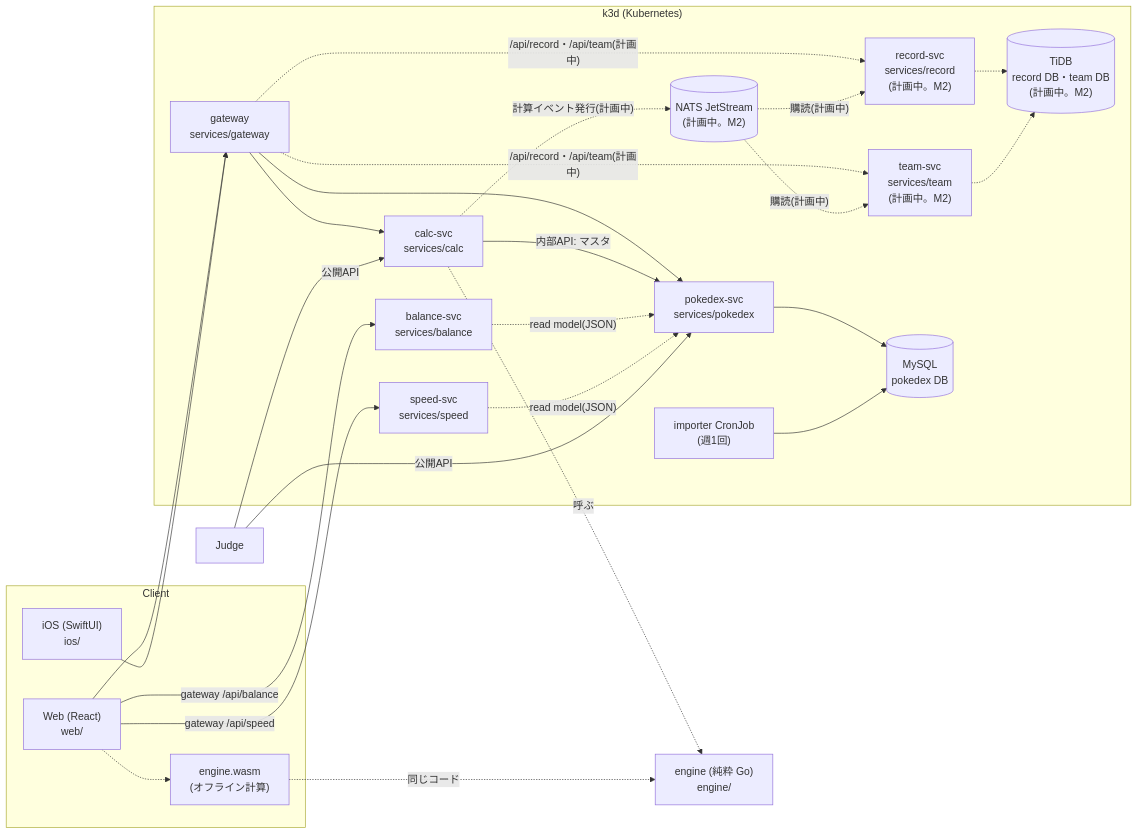
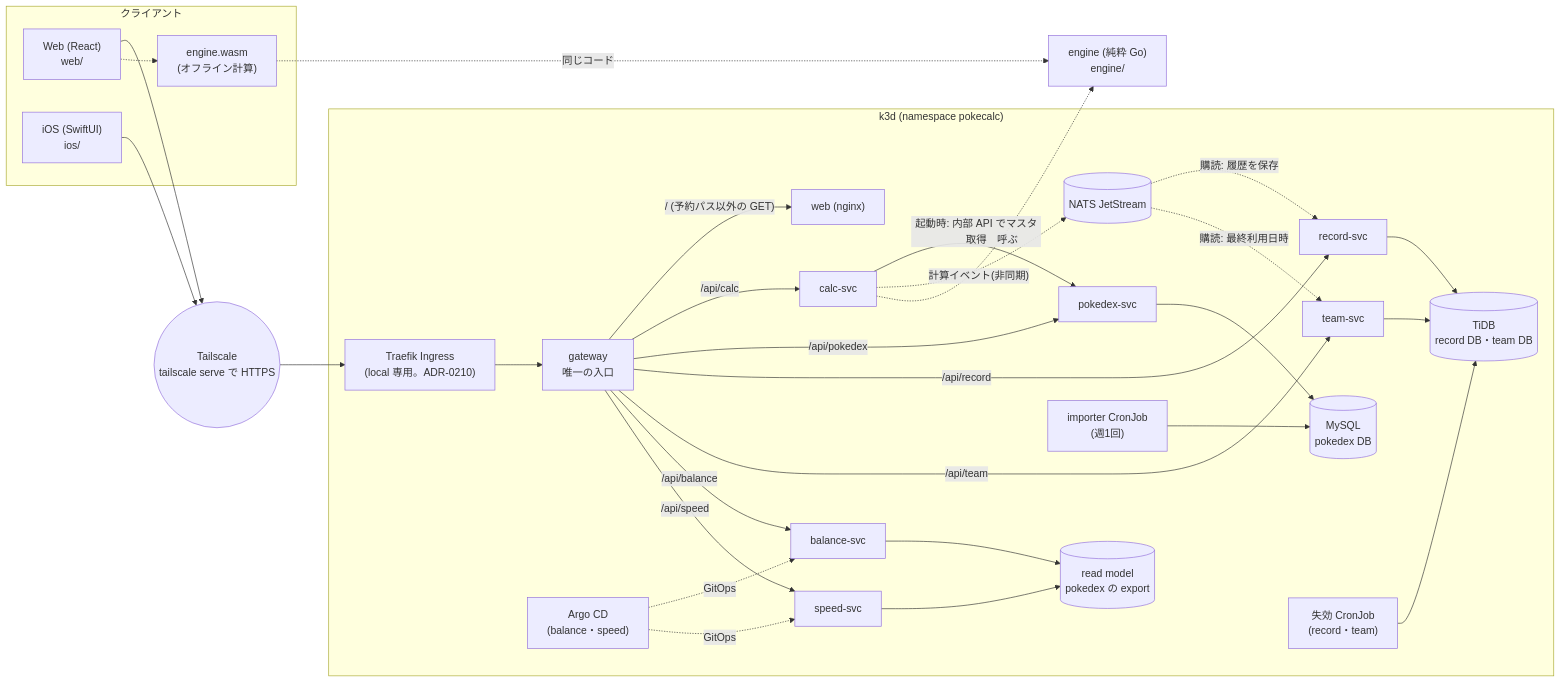
One commit to yxicun89/MyDamageCalcurater changed the first of 2 diagrams in docs/architecture.md. Above: the diagram before and after it, drawn with Mermaid. The commit also changed other lines of this file and 9 other files, not shown here.

````diff
--- a/docs/architecture.md
+++ b/docs/architecture.md
@@ -6,42 +9,54 @@
 ```mermaid
 flowchart LR
-  subgraph Client
+  subgraph Client["クライアント"]
     Web["Web (React)<br/>web/"]
     WASM["engine.wasm<br/>(オフライン計算)"]
     iOS["iOS (SwiftUI)<br/>ios/"]
   end
-  subgraph k3d["k3d (Kubernetes)"]
-    GW["gateway<br/>services/gateway"]
-    Calc["calc-svc<br/>services/calc"]
-    Pokedex["pokedex-svc<br/>services/pokedex"]
-    Balance["balance-svc<br/>services/balance"]
-    Speed["speed-svc<br/>services/speed"]
-    Record["record-svc<br/>services/record<br/>(計画中。M2)"]
-    Team["team-svc<br/>services/team<br/>(計画中。M2)"]
+  TS(("Tailscale<br/>tailscale serve で HTTPS"))
+  subgraph k3d["k3d (namespace pokecalc)"]
+    Traefik["Traefik Ingress<br/>(local 専用。ADR-0210)"]
+    GW["gateway<br/>唯一の入口"]
+    WebSvc["web (nginx)"]
+    Calc["calc-svc"]
+    Pokedex["pokedex-svc"]
+    Record["record-svc"]
+    Team["team-svc"]
+    Balance["balance-svc"]
+    Speed["speed-svc"]
+    RM[("read model<br/>pokedex の export")]
     MySQL[("MySQL<br/>pokedex DB")]
-    TiDB[("TiDB<br/>record DB・team DB<br/>(計画中。M2)")]
-    NATS[("NATS JetStream<br/>(計画中。M2)")]
+    TiDB[("TiDB<br/>record DB・team DB")]
+    NATS[("NATS JetStream")]
     Import["importer CronJob<br/>(週1回)"]
+    Expire["失効 CronJob<br/>(record・team)"]
+    Argo["Argo CD<br/>(balance・speed)"]
   end
   Engine["engine (純粋 Go)<br/>engine/"]
-  Web --> GW
-  iOS --> GW
+  Web --> TS
+  iOS --> TS
   Web -.-> WASM
-  GW --> Calc & Pokedex
-  Web -- gateway /api/balance --> Balance
-  Web -- gateway /api/speed --> Speed
-  Calc -- 内部API: マスタ --> Pokedex
+  TS --> Traefik --> GW
+  GW -- "/ (予約パス以外の GET)" --> WebSvc
+  GW -- "/api/calc" --> Calc
+  GW -- "/api/pokedex" --> Pokedex
+  GW -- "/api/record" --> Record
+  GW -- "/api/team" --> Team
+  GW -- "/api/balance" --> Balance
+  GW -- "/api/speed" --> Speed
+  Calc -- "起動時: 内部 API でマスタ取得" --> Pokedex
   Pokedex --> MySQL
   Import --> MySQL
+  Balance --> RM
+  Speed --> RM
+  Calc -. "計算イベント(非同期)" .-> NATS
+  NATS -. "購読: 履歴を保存" .-> Record
+  NATS -. "購読: 最終利用日時" .-> Team
+  Record --> TiDB
+  Team --> TiDB
+  Expire --> TiDB
+  Argo -. "GitOps" .-> Balance
+  Argo -. "GitOps" .-> Speed
   Calc -. 呼ぶ .-> Engine
   WASM -. 同じコード .-> Engine
-  Balance -. read model(JSON) .-> Pokedex
-  Speed -. read model(JSON) .-> Pokedex
-  Judge -- 公開API --> Pokedex
-  Judge -- 公開API --> Calc
-  GW -. "/api/record・/api/team(計画中)" .-> Record & Team
-  Calc -. "計算イベント発行(計画中)" .-> NATS
-  NATS -. "購読(計画中)" .-> Record & Team
-  Record -.-> TiDB
-  Team -.-> TiDB
 ```
````
